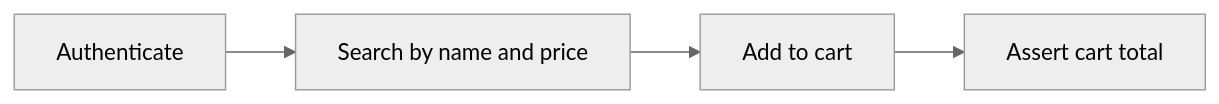
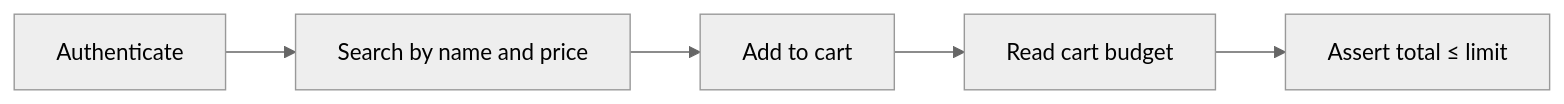
Before and after one commit to shlomi10/ebay: the second of 2 diagrams in README.md, drawn with Mermaid (neutral theme). The commit also changed other lines of this file and 7 other files, not shown here.

Commit message:
Sync README with read_cart_budget and catch Playwright errors explicitly.

````diff
--- a/README.md
+++ b/README.md
@@ -231,6 +231,7 @@
 ```mermaid
 flowchart LR
-  A["Authenticate"] --> B["Search by name and price"]
+  A["Authenticate"] -->   B["Search by name and price"]
   B --> C["Add to cart"]
-  C --> D["Assert cart total"]
+  C --> D["Read cart budget"]
+  D --> E["Assert total ≤ limit"]
 ```
````
